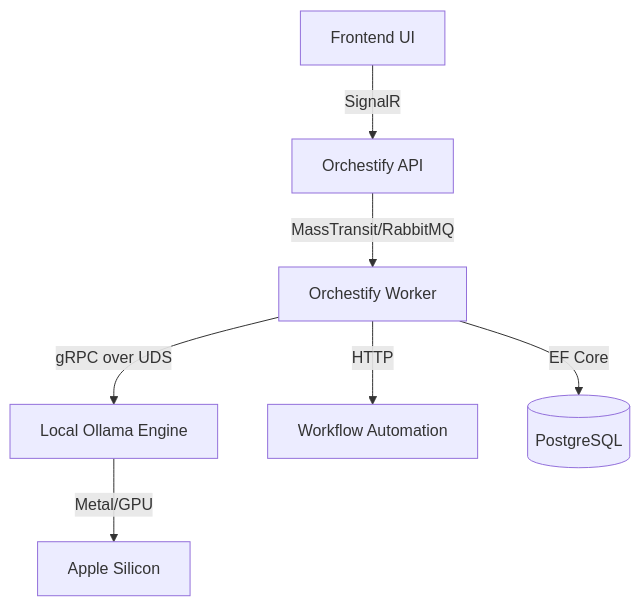
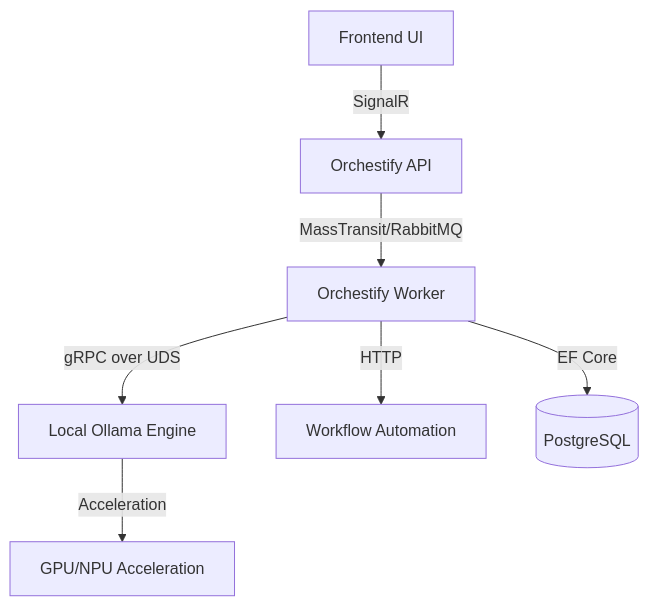
The diagram in README.md (atakanatali/orchestify), drawn with Mermaid before and after one commit.

Commit message:
feat: generalize architecture in README and consolidate latest fixes

````diff
--- a/README.md
+++ b/README.md
@@ -31,9 +31,9 @@
 ```mermaid
 graph TD
     Client[Frontend UI] -- SignalR --> API[Orchestify API]
     API -- MassTransit/RabbitMQ --> Worker[Orchestify Worker]
     Worker -- gRPC over UDS --> AI[Local Ollama Engine]
     Worker -- HTTP --> n8n[Workflow Automation]
     Worker -- EF Core --> DB[(PostgreSQL)]
-    AI -- Metal/GPU --> GPU[Apple Silicon]
+    AI -- Acceleration --> HW[GPU/NPU Acceleration]
 ```
````
